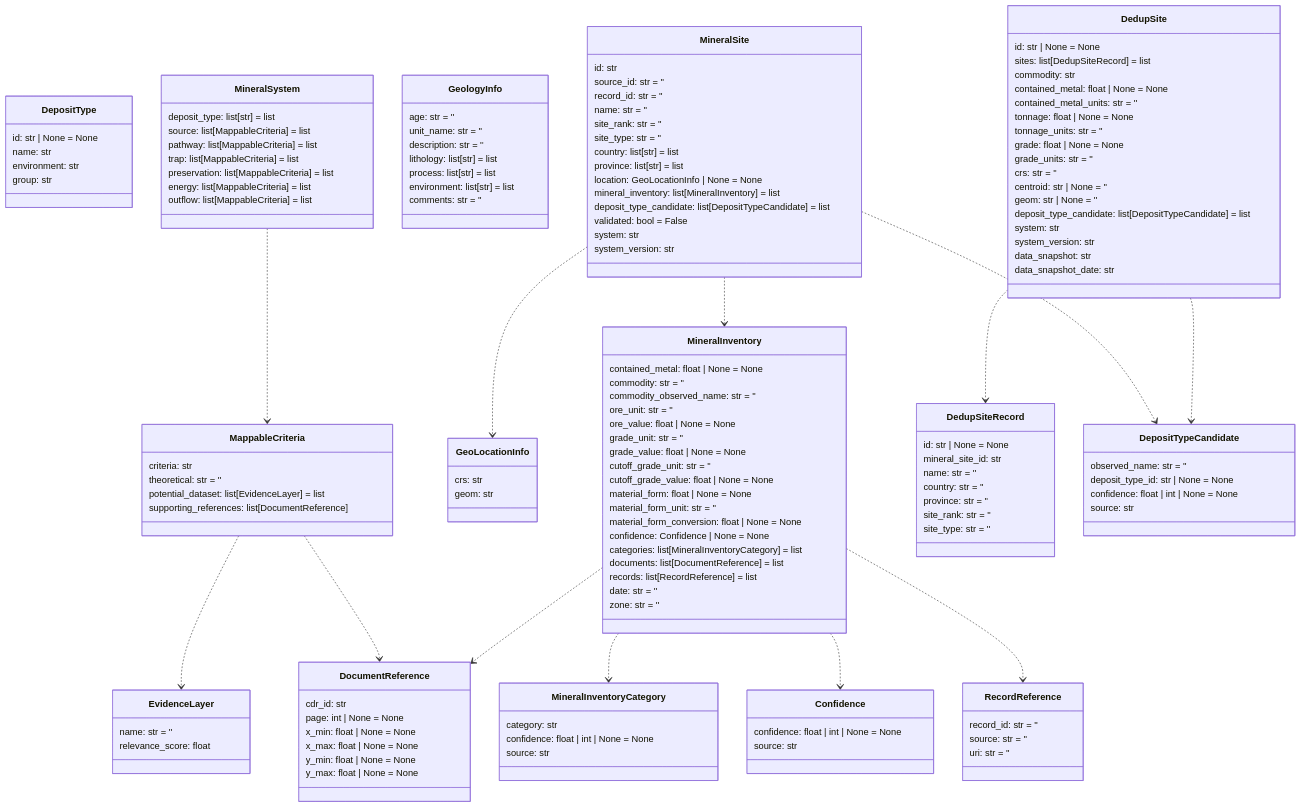
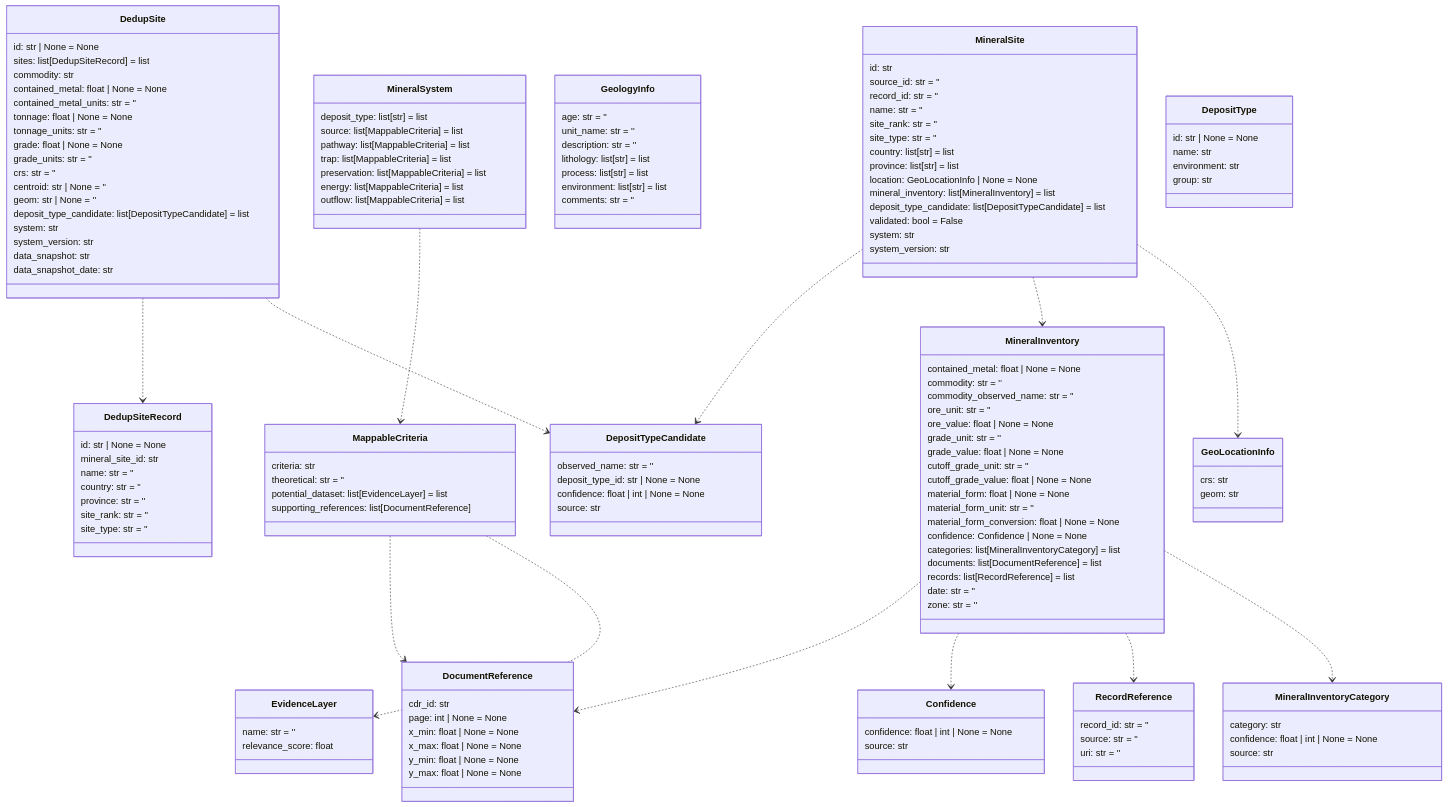
One commit to DARPA-CRITICALMAAS/cdr_schemas changed the tenth of 14 diagrams in README.md. Above: the diagram before and after it, drawn with Mermaid. The commit also changed other lines of this file and 1 other file, not shown here.

````diff
--- a/README.md
+++ b/README.md
@@ -766,50 +766,11 @@
 ```mermaid
 classDiagram
 
-    class MappableCriteria {
-        criteria: str
-        theoretical: str = ''
-        potential_dataset: list[EvidenceLayer] = list
-        supporting_references: list[DocumentReference]
-    }
-
-    class EvidenceLayer {
-        name: str = ''
-        relevance_score: float
-    }
-
-    class RecordReference {
-        record_id: str = ''
-        source: str = ''
-        uri: str = ''
-    }
-
-    class GeoLocationInfo {
-        crs: str
-        geom: str
-    }
-
-    class DepositType {
-        id: str | None = None
-        name: str
-        environment: str
-        group: str
-    }
-
-    class MineralInventoryCategory {
-        category: str
+    class DepositTypeCandidate {
+        observed_name: str = ''
+        deposit_type_id: str | None = None
         confidence: float | int | None = None
         source: str
-    }
-
-    class MineralSystem {
-        deposit_type: list[str] = list
-        source: list[MappableCriteria] = list
-        pathway: list[MappableCriteria] = list
-        trap: list[MappableCriteria] = list
-        preservation: list[MappableCriteria] = list
-        energy: list[MappableCriteria] = list
-        outflow: list[MappableCriteria] = list
     }
 
     class MineralInventory {
@@ -833,6 +794,26 @@
         zone: str = ''
     }
 
+    class Confidence {
+        confidence: float | int | None = None
+        source: str
+    }
+
+    class DocumentReference {
+        cdr_id: str
+        page: int | None = None
+        x_min: float | None = None
+        x_max: float | None = None
+        y_min: float | None = None
+        y_max: float | None = None
+    }
+
+    class MineralInventoryCategory {
+        category: str
+        confidence: float | int | None = None
+        source: str
+    }
+
     class DedupSiteRecord {
         id: str | None = None
         mineral_site_id: str
@@ -841,38 +822,6 @@
         province: str = ''
         site_rank: str = ''
         site_type: str = ''
-    }
-
-    class GeologyInfo {
-        age: str = ''
-        unit_name: str = ''
-        description: str = ''
-        lithology: list[str] = list
-        process: list[str] = list
-        environment: list[str] = list
-        comments: str = ''
-    }
-
-    class MineralSite {
-        id: str
-        source_id: str = ''
-        record_id: str = ''
-        name: str = ''
-        site_rank: str = ''
-        site_type: str = ''
-        country: list[str] = list
-        province: list[str] = list
-        location: GeoLocationInfo | None = None
-        mineral_inventory: list[MineralInventory] = list
-        deposit_type_candidate: list[DepositTypeCandidate] = list
-        validated: bool = False
-        system: str
-        system_version: str
-    }
-
-    class Confidence {
-        confidence: float | int | None = None
-        source: str
     }
 
     class DedupSite {
@@ -895,34 +844,85 @@
         data_snapshot_date: str
     }
 
-    class DocumentReference {
-        cdr_id: str
-        page: int | None = None
-        x_min: float | None = None
-        x_max: float | None = None
-        y_min: float | None = None
-        y_max: float | None = None
+    class EvidenceLayer {
+        name: str = ''
+        relevance_score: float
     }
 
-    class DepositTypeCandidate {
-        observed_name: str = ''
-        deposit_type_id: str | None = None
-        confidence: float | int | None = None
-        source: str
+    class MineralSystem {
+        deposit_type: list[str] = list
+        source: list[MappableCriteria] = list
+        pathway: list[MappableCriteria] = list
+        trap: list[MappableCriteria] = list
+        preservation: list[MappableCriteria] = list
+        energy: list[MappableCriteria] = list
+        outflow: list[MappableCriteria] = list
+    }
+
+    class GeologyInfo {
+        age: str = ''
+        unit_name: str = ''
+        description: str = ''
+        lithology: list[str] = list
+        process: list[str] = list
+        environment: list[str] = list
+        comments: str = ''
+    }
+
+    class GeoLocationInfo {
+        crs: str
+        geom: str
+    }
+
+    class MineralSite {
+        id: str
+        source_id: str = ''
+        record_id: str = ''
+        name: str = ''
+        site_rank: str = ''
+        site_type: str = ''
+        country: list[str] = list
+        province: list[str] = list
+        location: GeoLocationInfo | None = None
+        mineral_inventory: list[MineralInventory] = list
+        deposit_type_candidate: list[DepositTypeCandidate] = list
+        validated: bool = False
+        system: str
+        system_version: str
+    }
+
+    class DepositType {
+        id: str | None = None
+        name: str
+        environment: str
+        group: str
+    }
+
+    class MappableCriteria {
+        criteria: str
+        theoretical: str = ''
+        potential_dataset: list[EvidenceLayer] = list
+        supporting_references: list[DocumentReference]
+    }
+
+    class RecordReference {
+        record_id: str = ''
+        source: str = ''
+        uri: str = ''
     }
 
     MappableCriteria ..> EvidenceLayer
     MappableCriteria ..> DocumentReference
     MineralSystem ..> MappableCriteria
     MineralInventory ..> MineralInventoryCategory
+    MineralInventory ..> RecordReference
     MineralInventory ..> Confidence
-    MineralInventory ..> RecordReference
     MineralInventory ..> DocumentReference
+    MineralSite ..> GeoLocationInfo
     MineralSite ..> MineralInventory
-    MineralSite ..> GeoLocationInfo
     MineralSite ..> DepositTypeCandidate
+    DedupSite ..> DepositTypeCandidate
     DedupSite ..> DedupSiteRecord
-    DedupSite ..> DepositTypeCandidate
 
 
 ```
````
